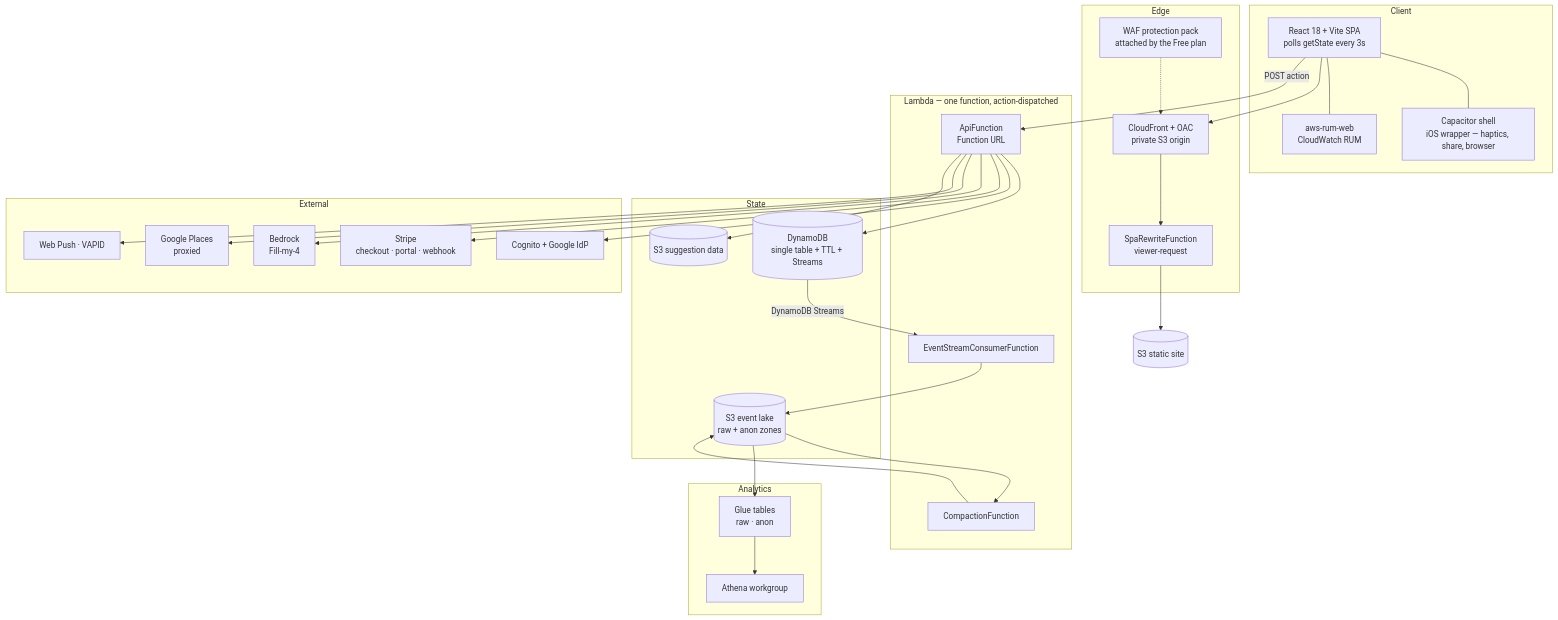
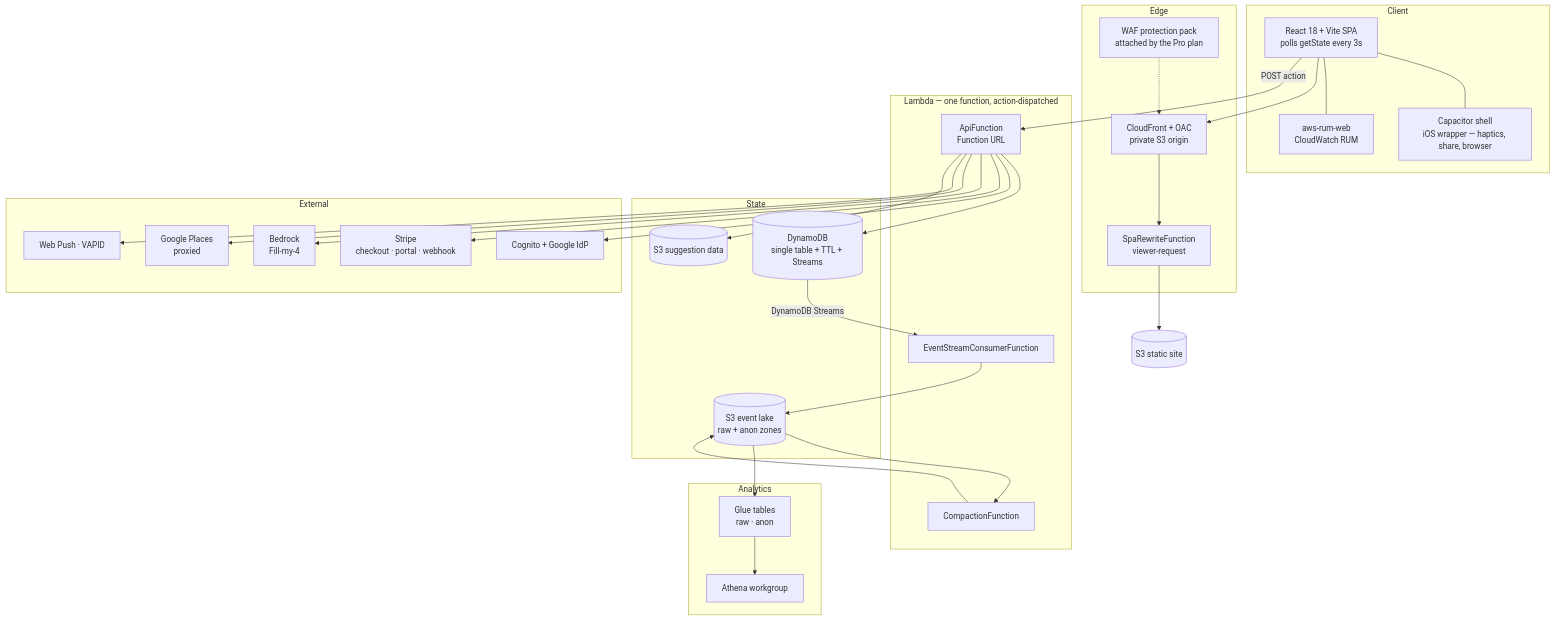
Before and after one commit to AustinJuliusKim/projects: the first of 3 diagrams in apps/choices-webapp/README.md, drawn with Mermaid. The commit also changed 5 other files, not shown here.

First line of the commit message:
Codify the CloudFront Pro plan for choices-webapp prod

````diff
--- a/apps/choices-webapp/README.md
+++ b/apps/choices-webapp/README.md
@@ -37,55 +37,55 @@
 ```mermaid
 flowchart TD
     subgraph Client
         spa["React 18 + Vite SPA<br>polls getState every 3s"]
         cap["Capacitor shell<br>iOS wrapper — haptics, share, browser"]
         rum["aws-rum-web<br>CloudWatch RUM"]
         spa --- cap
         spa --- rum
     end
 
     subgraph Edge
         cfd["CloudFront + OAC<br>private S3 origin"]
         spafn["SpaRewriteFunction<br>viewer-request"]
-        waf["WAF protection pack<br>attached by the Free plan"]
+        waf["WAF protection pack<br>attached by the Pro plan"]
     end
 
     subgraph Compute["Lambda — one function, action-dispatched"]
         api["ApiFunction<br>Function URL"]
         consumer["EventStreamConsumerFunction"]
         compact["CompactionFunction"]
     end
 
     subgraph State
         ddb[("DynamoDB<br>single table + TTL + Streams")]
         lake[("S3 event lake<br>raw + anon zones")]
         sug[("S3 suggestion data")]
     end
 
     subgraph Query["Analytics"]
         glue["Glue tables<br>raw · anon"]
         athena["Athena workgroup"]
     end
 
     subgraph External
         cognito["Cognito + Google IdP"]
         stripe["Stripe<br>checkout · portal · webhook"]
         bedrock["Bedrock<br>Fill-my-4"]
         places["Google Places<br>proxied"]
         push["Web Push · VAPID"]
     end
 
     spa --> cfd --> spafn --> s3site[("S3 static site")]
     spa -->|"POST action"| api
     api --> ddb
     api --> cognito
     api --> stripe
     api --> bedrock
     api --> places
     api --> push
     api --> sug
     ddb -->|"DynamoDB Streams"| consumer --> lake
     lake --> compact --> lake
     lake --> glue --> athena
     waf -.-> cfd
 ```
````
